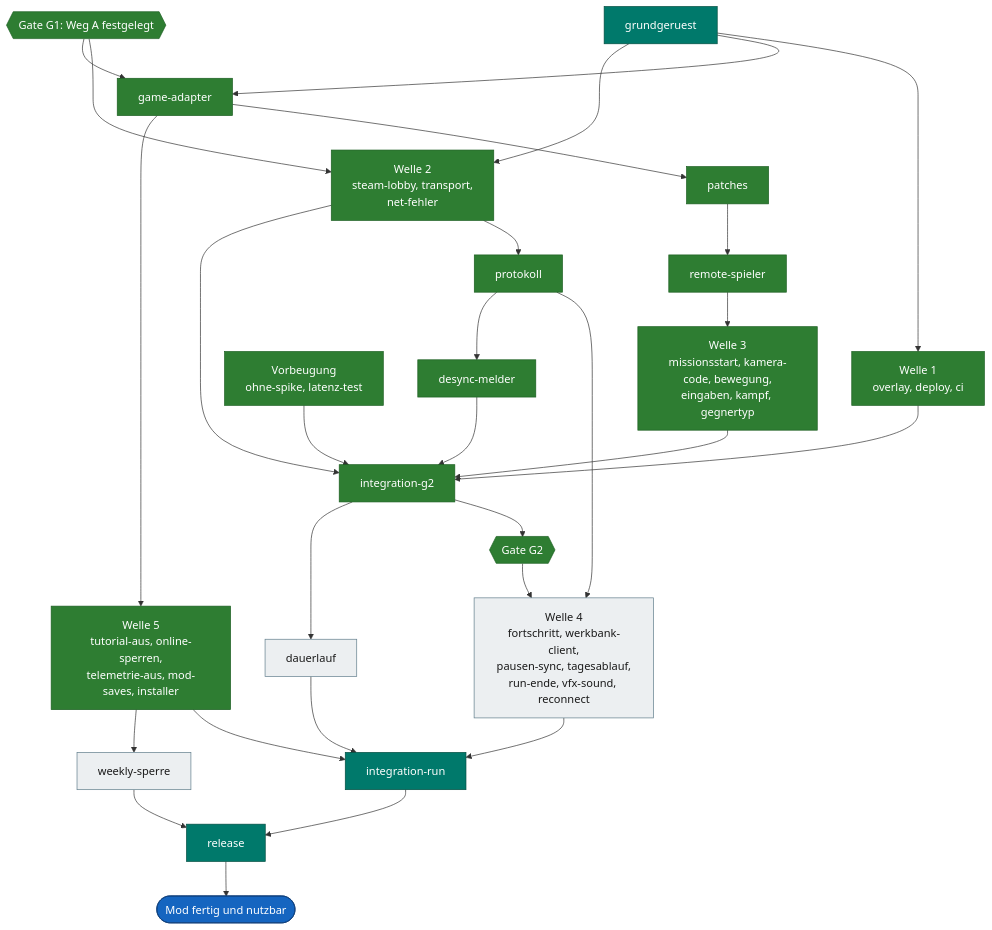
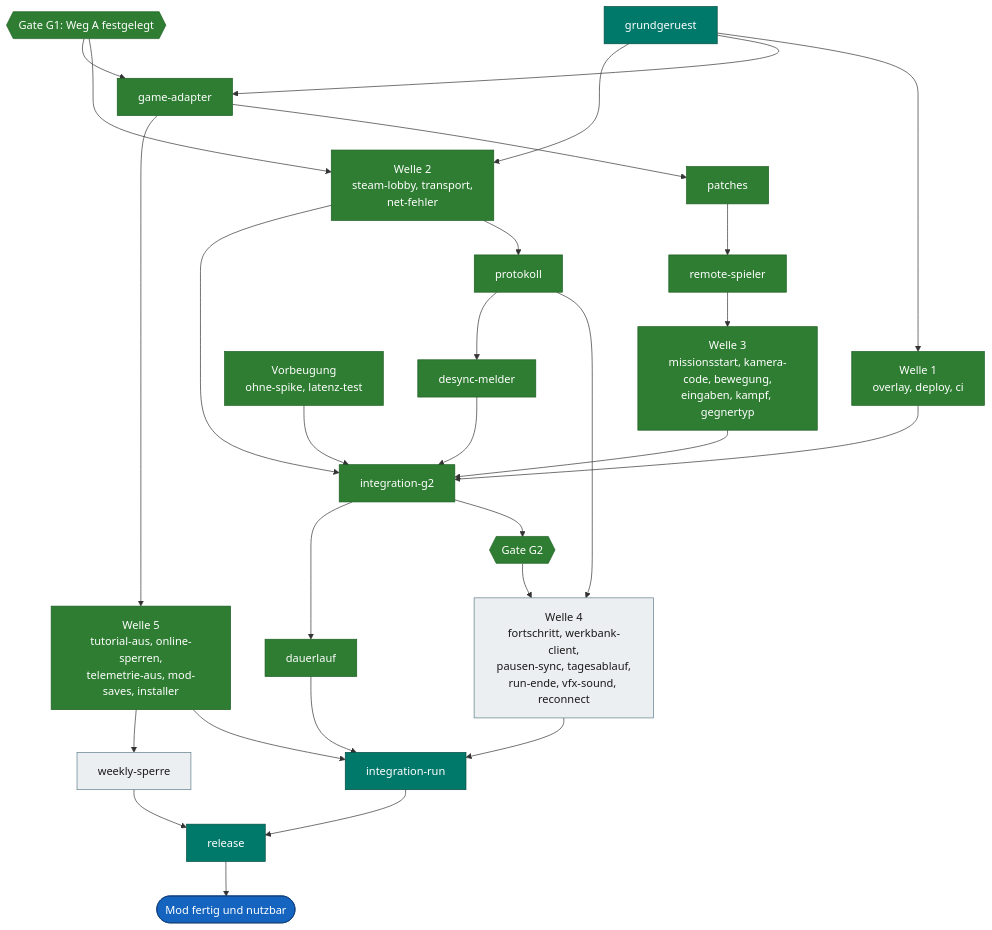
The fourth of 4 diagrams in docs/ROADMAP.md (VitaminStack/Deadly-Days-Roadtrip-Multiplayer-Mod), drawn with Mermaid before and after one commit. The commit also changed other lines of this file and 6 other files, not shown here.

````diff
--- a/docs/ROADMAP.md
+++ b/docs/ROADMAP.md
@@ -329,32 +330,32 @@
 ```mermaid
 flowchart TD
     GR["grundgeruest"]:::central --> W1["Welle 1<br/>overlay, deploy, ci"]:::done
     GR --> GA["game-adapter"]:::done
     G1{{"Gate G1: Weg A festgelegt"}}:::done --> W2["Welle 2<br/>steam-lobby, transport,<br/>net-fehler"]:::done
     GR --> W2
     G1 --> GA
     GA --> PT["patches"]:::done --> RS["remote-spieler"]:::done
     GA --> W5["Welle 5<br/>tutorial-aus, online-sperren,<br/>telemetrie-aus, mod-saves, installer"]:::done
     RS --> W3["Welle 3<br/>missionsstart, kamera-code, bewegung,<br/>eingaben, kampf, gegnertyp"]:::done
     W1 --> IG["integration-g2"]:::done
     W2 --> PR["protokoll"]:::done
     W2 --> IG
     W3 --> IG
     IG --> G2{{"Gate G2"}}:::done
     PR --> W4["Welle 4<br/>fortschritt, werkbank-client,<br/>pausen-sync, tagesablauf,<br/>run-ende, vfx-sound, reconnect"]:::open
     G2 --> W4
     W4 --> IR["integration-run"]:::central
     W5 --> IR
     RV["Vorbeugung<br/>ohne-spike, latenz-test"]:::done --> IG
     PR --> DS["desync-melder"]:::done --> IG
-    IG --> DL["dauerlauf"]:::open --> IR
+    IG --> DL["dauerlauf"]:::done --> IR
     W5 --> W6["weekly-sperre"]:::open --> RL
     IR --> RL["release"]:::central
     RL --> Z(["Mod fertig und nutzbar"]):::goal
 
     classDef done fill:#2e7d32,stroke:#1b5e20,color:#ffffff
     classDef central fill:#00796b,stroke:#004d40,color:#ffffff
     classDef open fill:#eceff1,stroke:#607d8b,color:#1a1a1a
     classDef gate fill:#6a1b9a,stroke:#3e1163,color:#ffffff
     classDef goal fill:#1565c0,stroke:#0d3c78,color:#ffffff
 ```
````
